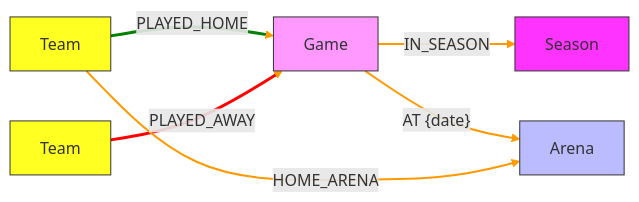
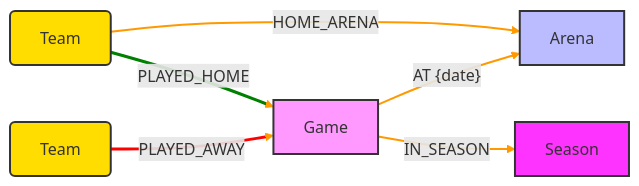
Before and after one commit to lorenzoliuzzo/MBAI-gdb: the first of 6 diagrams in docs/schema.md, drawn with Mermaid. The commit also changed other lines of this file and 2 other files, not shown here.

Commit message:
Some more changes to the documentation. Changed some naming conventions for links in the graph.

````diff
--- a/docs/schema.md
+++ b/docs/schema.md
@@ -16,27 +37,27 @@
 ```mermaid
 graph LR
+    classDef team fill:#ffdd00,stroke:#333,stroke-width:2px,rx:5,ry:5;
+
     linkStyle default stroke:#ff9900,stroke-width:2px;
 
     S[Season]
-    style S fill:#f3f,stroke:#333
+    style S fill:#f3f,stroke:#333,stroke-width:2px;
 
     G[Game]
-    style G fill:#f9f,stroke:#333
+    style G fill:#f9f,stroke:#333,stroke-width:2px;
 
-    ht[Team]
-    at[Team]
-    style ht fill:#ff2,stroke:#333
-    style at fill:#ff2,stroke:#333
+    ht[Team]:::team
+    at[Team]:::team
 
     a[Arena]
-    style a fill:#bbf,stroke:#333
+    style a fill:#bbf,stroke:#333,stroke-width:2px;
 
+    ht -- HOME_ARENA --> a
+    G -- AT {date} --> a 
     G -- IN_SEASON --> S
-    G -- AT {date} --> a 
+    at -- PLAYED_AWAY --> G
     ht -- PLAYED_HOME --> G
-    at -- PLAYED_AWAY --> G
-    ht -- HOME_ARENA --> a
 
-    linkStyle 2 stroke:green,stroke-width:3px;
     linkStyle 3 stroke:red,stroke-width:3px;
+    linkStyle 4 stroke:green,stroke-width:3px;
 ```
````
